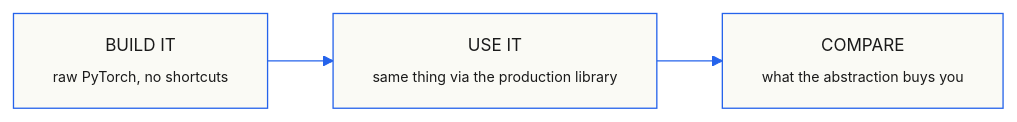
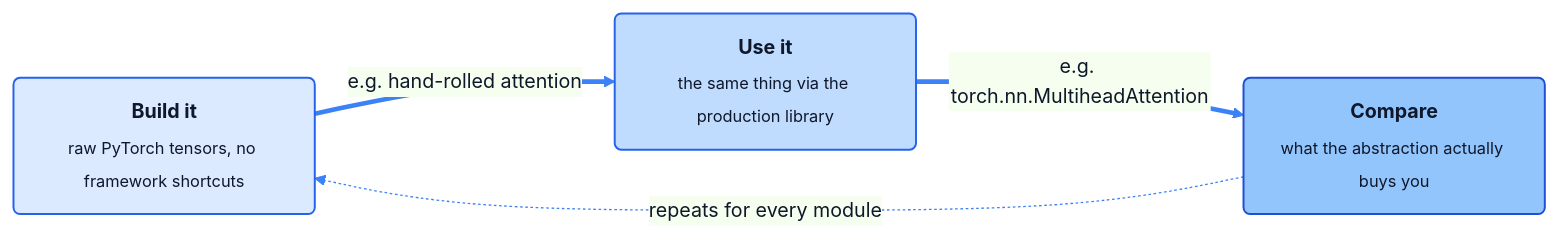
The first of 2 diagrams in llm-from-scratch/README.md (OlawoyeTaofeek/AI-Engineering-Roadmap), drawn with Mermaid before and after one commit. The commit also changed other lines of this file and 2 other files, not shown here.

````diff
--- a/llm-from-scratch/README.md
+++ b/llm-from-scratch/README.md
@@ -40,6 +40,15 @@
 ```mermaid
-%%{init: {'theme':'base','themeVariables':{'primaryColor':'#fafaf5','primaryTextColor':'#1a1a1a','primaryBorderColor':'#2563eb','lineColor':'#2563eb','fontFamily':'JetBrains Mono','fontSize':'13px'}}}%%
+%%{init: {'theme':'base','themeVariables':{'primaryColor':'#eff6ff','primaryTextColor':'#0f172a','primaryBorderColor':'#3b82f6','lineColor':'#3b82f6','fontFamily':'JetBrains Mono','fontSize':'15px'}}}%%
 flowchart LR
-  B["BUILD IT<br/><sub>raw PyTorch, no shortcuts</sub>"] --> C["USE IT<br/><sub>same thing via the production library</sub>"]
-  C --> N["COMPARE<br/><sub>what the abstraction buys you</sub>"]
+  classDef build fill:#dbeafe,stroke:#2563eb,stroke-width:1.5px,color:#0f172a
+  classDef use fill:#bfdbfe,stroke:#2563eb,stroke-width:1.5px,color:#0f172a
+  classDef compare fill:#93c5fd,stroke:#1d4ed8,stroke-width:1.5px,color:#0f172a
+
+  B("<b>Build it</b><br/><sub>raw PyTorch tensors, no framework shortcuts</sub>"):::build
+  U("<b>Use it</b><br/><sub>the same thing via the production library</sub>"):::use
+  C("<b>Compare</b><br/><sub>what the abstraction actually buys you</sub>"):::compare
+
+  B ==>|"e.g. hand-rolled attention"| U
+  U ==>|"e.g. torch.nn.MultiheadAttention"| C
+  C -.->|"repeats for every module"| B
 ```
````
